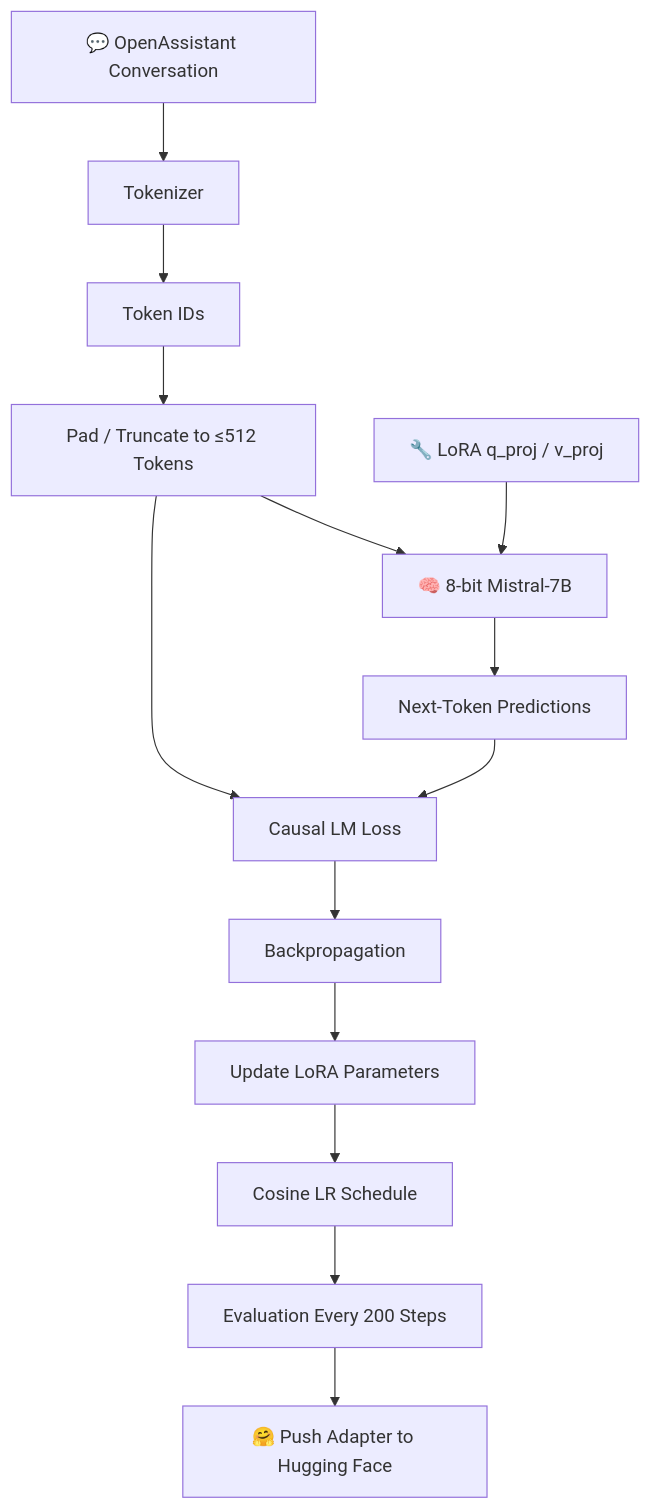
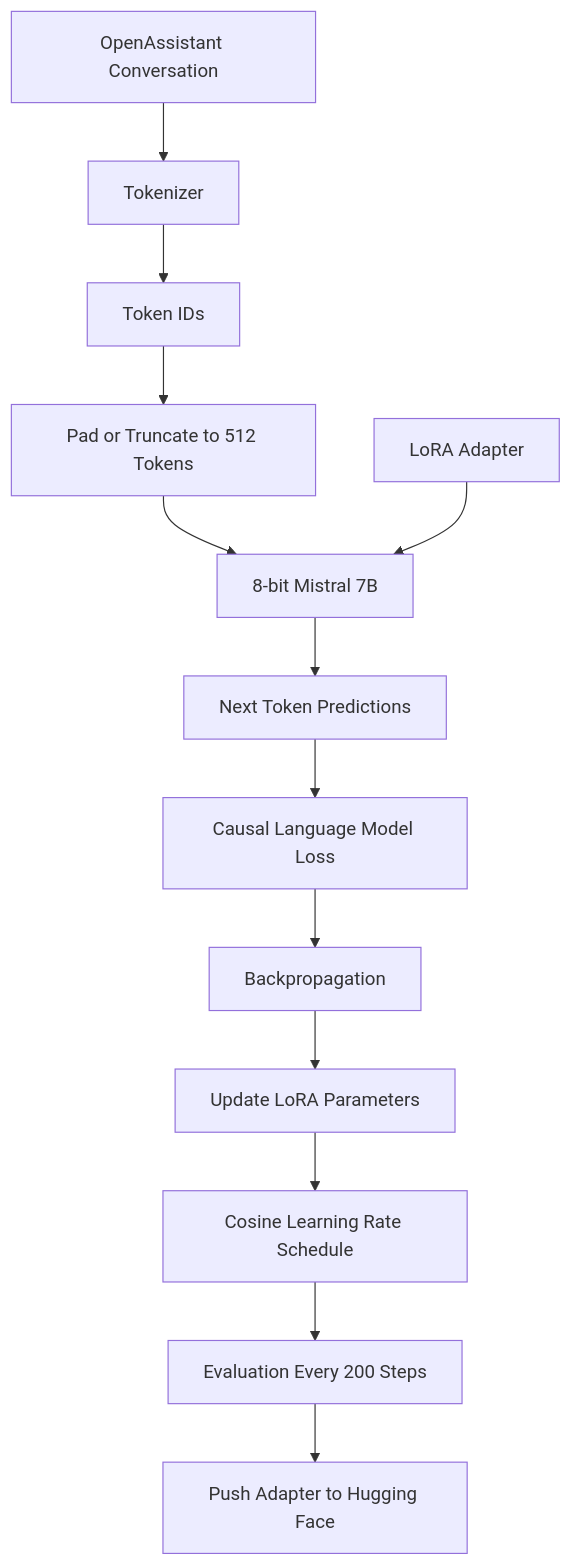
One commit to Trevon-Woods-AI-Portfolio/LoRA-SFT-conversational-ai-7B changed the second of 2 diagrams in README.md. Above: the diagram before and after it, drawn with Mermaid.

````diff
--- a/README.md
+++ b/README.md
@@ -353,19 +353,18 @@
 ```mermaid
 flowchart TD
-    A["💬 OpenAssistant Conversation"] --> B["Tokenizer"]
+    A["OpenAssistant Conversation"] --> B["Tokenizer"]
     B --> C["Token IDs"]
-    C --> D["Pad / Truncate to ≤512 Tokens"]
+    C --> D["Pad or Truncate to 512 Tokens"]
 
-    D --> E["🧠 8-bit Mistral-7B"]
-    F["🔧 LoRA q_proj / v_proj"] --> E
+    D --> E["8-bit Mistral 7B"]
+    F["LoRA Adapter"] --> E
 
-    E --> G["Next-Token Predictions"]
-    G --> H["Causal LM Loss"]
-    D --> H
+    E --> G["Next Token Predictions"]
+    G --> H["Causal Language Model Loss"]
 
     H --> I["Backpropagation"]
     I --> J["Update LoRA Parameters"]
-    J --> K["Cosine LR Schedule"]
+    J --> K["Cosine Learning Rate Schedule"]
     K --> L["Evaluation Every 200 Steps"]
-    L --> M["🤗 Push Adapter to Hugging Face"]
+    L --> M["Push Adapter to Hugging Face"]
 ```
````
